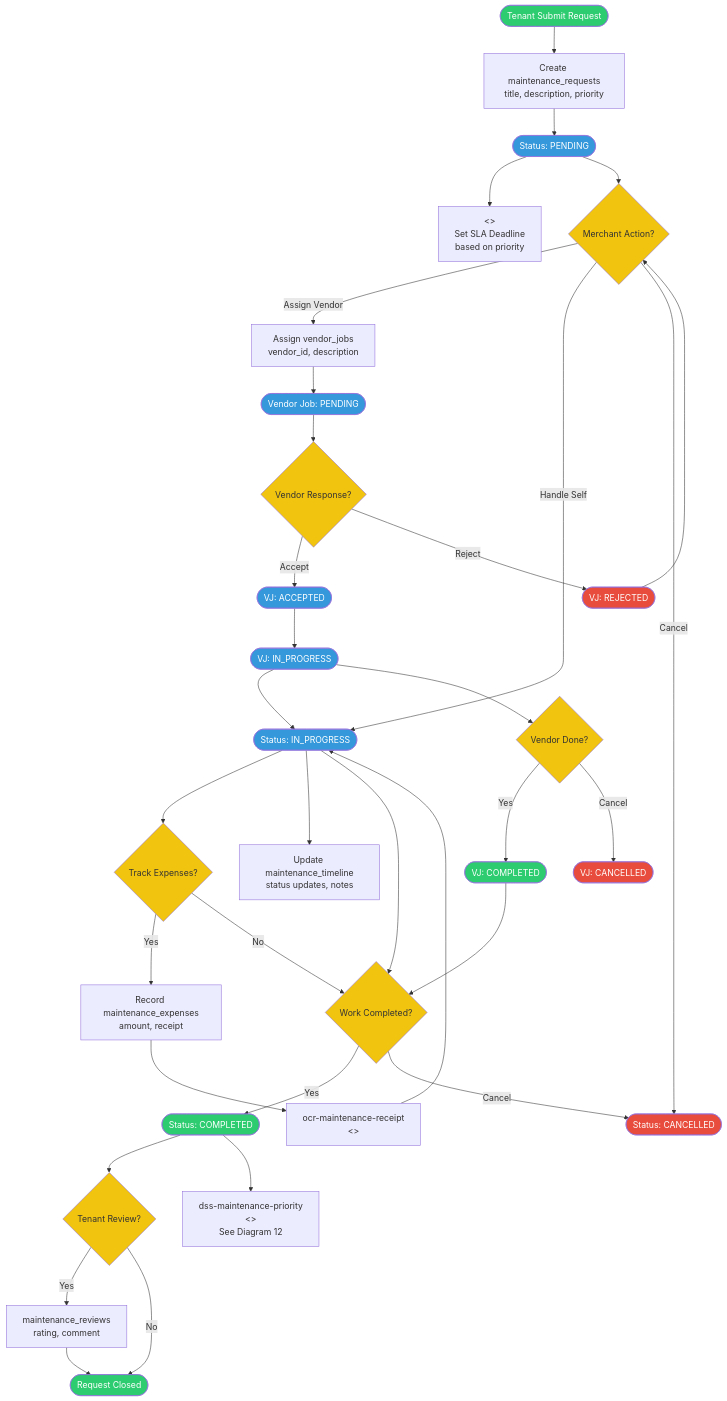
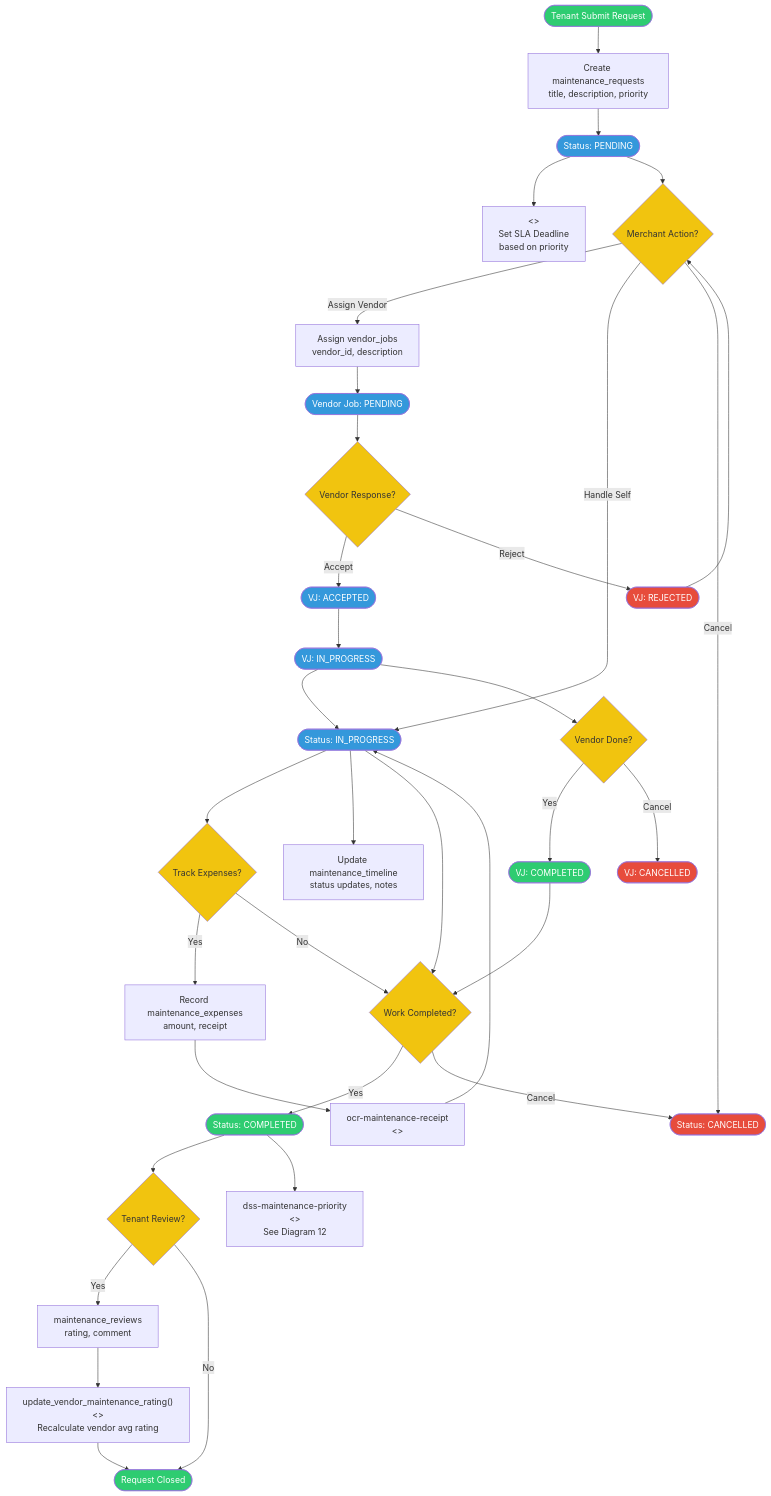
One commit to itsramaa/Sistem-Hunian changed diagram 11 of 15 in old-docs/merchant_activity_diagram.md. Above: the diagram before and after it, drawn with Mermaid. The commit also changed other lines of this file, not shown here.

````diff
--- a/old-docs/merchant_activity_diagram.md
+++ b/old-docs/merchant_activity_diagram.md
@@ -774,63 +781,64 @@
 ```mermaid
 flowchart TD
     START([Tenant Submit Request]) --> CREATE[Create maintenance_requests<br/>title, description, priority]
     CREATE --> PENDING([Status: PENDING])
     PENDING --> SLA["<<trigger>><br/>Set SLA Deadline<br/>based on priority"]
 
     PENDING --> MERCHANT_ACT{Merchant Action?}
     MERCHANT_ACT -->|Assign Vendor| VENDOR_ASSIGN[Assign vendor_jobs<br/>vendor_id, description]
     MERCHANT_ACT -->|Handle Self| IN_PROGRESS([Status: IN_PROGRESS])
     MERCHANT_ACT -->|Cancel| CANCELLED([Status: CANCELLED])
 
     VENDOR_ASSIGN --> VJ_PENDING([Vendor Job: PENDING])
     VJ_PENDING --> VENDOR_RESP{Vendor Response?}
     VENDOR_RESP -->|Accept| VJ_ACCEPTED([VJ: ACCEPTED])
     VENDOR_RESP -->|Reject| VJ_REJECTED([VJ: REJECTED])
     VJ_REJECTED --> MERCHANT_ACT
 
     VJ_ACCEPTED --> VJ_PROGRESS([VJ: IN_PROGRESS])
     VJ_PROGRESS --> IN_PROGRESS
 
     IN_PROGRESS --> EXPENSE{Track Expenses?}
     EXPENSE -->|Yes| EXP_RECORD[Record maintenance_expenses<br/>amount, receipt]
     EXP_RECORD --> OCR_RECEIPT["ocr-maintenance-receipt<br/><<edge function>>"]
     OCR_RECEIPT --> IN_PROGRESS
     EXPENSE -->|No| WORK_DONE
 
     IN_PROGRESS --> TIMELINE[Update maintenance_timeline<br/>status updates, notes]
 
     IN_PROGRESS --> WORK_DONE{Work Completed?}
     WORK_DONE -->|Yes| COMPLETED([Status: COMPLETED])
     WORK_DONE -->|Cancel| CANCELLED
 
     VJ_PROGRESS --> VJ_COMPLETE{Vendor Done?}
     VJ_COMPLETE -->|Yes| VJ_COMPLETED([VJ: COMPLETED])
     VJ_COMPLETED --> WORK_DONE
     VJ_COMPLETE -->|Cancel| VJ_CANCELLED([VJ: CANCELLED])
 
     COMPLETED --> REVIEW{Tenant Review?}
     REVIEW -->|Yes| RATING[maintenance_reviews<br/>rating, comment]
     REVIEW -->|No| DONE([Request Closed])
-    RATING --> DONE
+    RATING --> VENDOR_RATING["update_vendor_maintenance_rating()<br/><<trigger>><br/>Recalculate vendor avg rating"]
+    VENDOR_RATING --> DONE
 
     COMPLETED --> DSS_MAINT["dss-maintenance-priority<br/><<edge function>><br/>See Diagram 12"]
 
     style START fill:#2ecc71,color:#fff
     style COMPLETED fill:#2ecc71,color:#fff
     style VJ_COMPLETED fill:#2ecc71,color:#fff
     style DONE fill:#2ecc71,color:#fff
     style PENDING fill:#3498db,color:#fff
     style IN_PROGRESS fill:#3498db,color:#fff
     style VJ_PENDING fill:#3498db,color:#fff
     style VJ_ACCEPTED fill:#3498db,color:#fff
     style VJ_PROGRESS fill:#3498db,color:#fff
     style CANCELLED fill:#e74c3c,color:#fff
     style VJ_REJECTED fill:#e74c3c,color:#fff
     style VJ_CANCELLED fill:#e74c3c,color:#fff
     style MERCHANT_ACT fill:#f1c40f,color:#333
     style VENDOR_RESP fill:#f1c40f,color:#333
     style EXPENSE fill:#f1c40f,color:#333
     style WORK_DONE fill:#f1c40f,color:#333
     style VJ_COMPLETE fill:#f1c40f,color:#333
     style REVIEW fill:#f1c40f,color:#333
 ```
````
